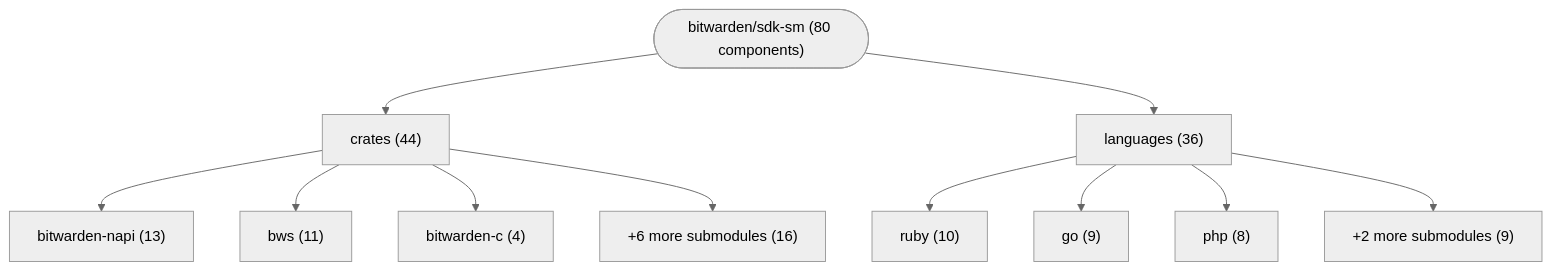
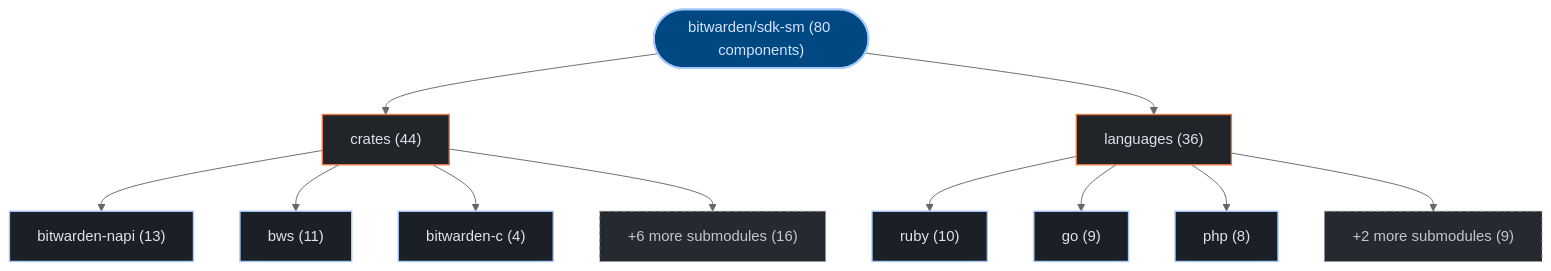
Before and after one commit to kumarshaz/atruss-code-atlas: the first of 3 diagrams in exports/latest/reports/bitwarden-sdk-sm-report.md, drawn with Mermaid (neutral theme). The commit also changed other lines of this file and 331 other files, not shown here.

Commit message:
docs,ui,fix: update SDLC docs, reorder CI/CD DAG first, stylize Mermaid, and fix Arc42 pipeline topology

````diff
--- a/exports/latest/reports/bitwarden-sdk-sm-report.md
+++ b/exports/latest/reports/bitwarden-sdk-sm-report.md
@@ -42,24 +42,31 @@
 ```mermaid
 graph TD;
-    repo_root(["bitwarden/sdk-sm (80 components)"])
-    dir_0_crates["crates (44)"]
+  classDef atlasRoot fill:#004882,stroke:#a3c9ff,stroke-width:2px,color:#d3e4ff
+  classDef atlasCategory fill:#212428,stroke:#E87A48,stroke-width:1.5px,color:#dfe3eb
+  classDef atlasWorkflow fill:#1b2026,stroke:#a3c9ff,stroke-width:1.5px,color:#dfe3eb
+  classDef atlasJob fill:#171c22,stroke:#8d9199,stroke-width:1px,color:#dfe3eb
+  classDef atlasTarget fill:#005227,stroke:#8bd99b,stroke-width:1.5px,color:#a7f6b6
+  classDef atlasAlert fill:#93000a,stroke:#ffb4ab,stroke-width:1.5px,color:#ffdad6
+  classDef atlasMore fill:#252a31,stroke:#8d9199,stroke-dasharray:4 4,color:#c3c6cf
+    repo_root(["bitwarden/sdk-sm (80 components)"]):::atlasRoot
+    dir_0_crates["crates (44)"]:::atlasCategory
     repo_root --> dir_0_crates
-    sub_0_0_bitwarden_napi["bitwarden-napi (13)"]
+    sub_0_0_bitwarden_napi["bitwarden-napi (13)"]:::atlasWorkflow
     dir_0_crates --> sub_0_0_bitwarden_napi
-    sub_0_1_bws["bws (11)"]
+    sub_0_1_bws["bws (11)"]:::atlasWorkflow
     dir_0_crates --> sub_0_1_bws
-    sub_0_2_bitwarden_c["bitwarden-c (4)"]
+    sub_0_2_bitwarden_c["bitwarden-c (4)"]:::atlasWorkflow
     dir_0_crates --> sub_0_2_bitwarden_c
-    sub_0_more["+6 more submodules (16)"]
+    sub_0_more["+6 more submodules (16)"]:::atlasMore
     dir_0_crates --> sub_0_more
-    dir_1_languages["languages (36)"]
+    dir_1_languages["languages (36)"]:::atlasCategory
     repo_root --> dir_1_languages
-    sub_1_0_ruby["ruby (10)"]
+    sub_1_0_ruby["ruby (10)"]:::atlasWorkflow
     dir_1_languages --> sub_1_0_ruby
-    sub_1_1_go["go (9)"]
+    sub_1_1_go["go (9)"]:::atlasWorkflow
     dir_1_languages --> sub_1_1_go
-    sub_1_2_php["php (8)"]
+    sub_1_2_php["php (8)"]:::atlasWorkflow
     dir_1_languages --> sub_1_2_php
-    sub_1_more["+2 more submodules (9)"]
+    sub_1_more["+2 more submodules (9)"]:::atlasMore
     dir_1_languages --> sub_1_more
 ```
````
